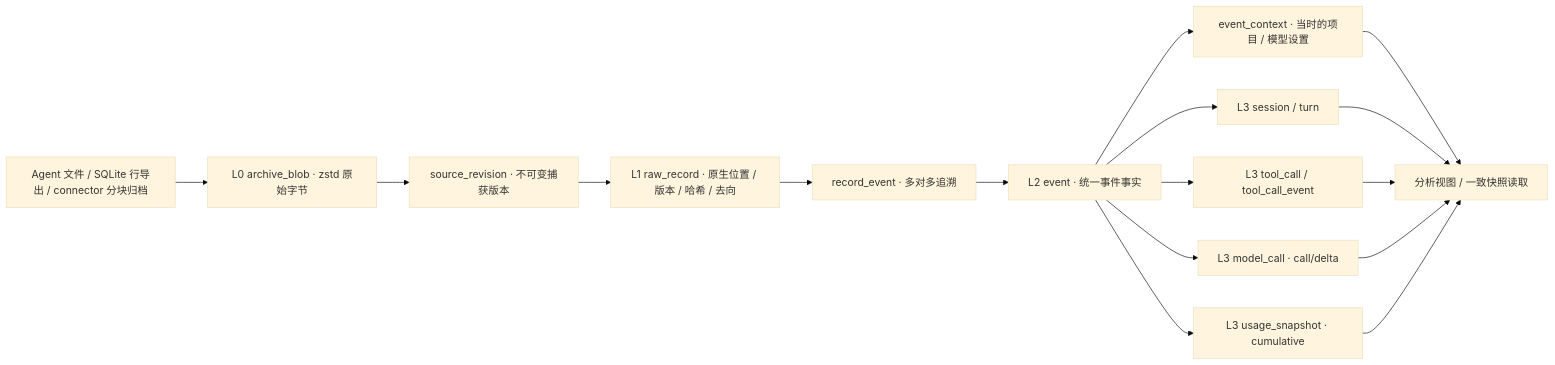
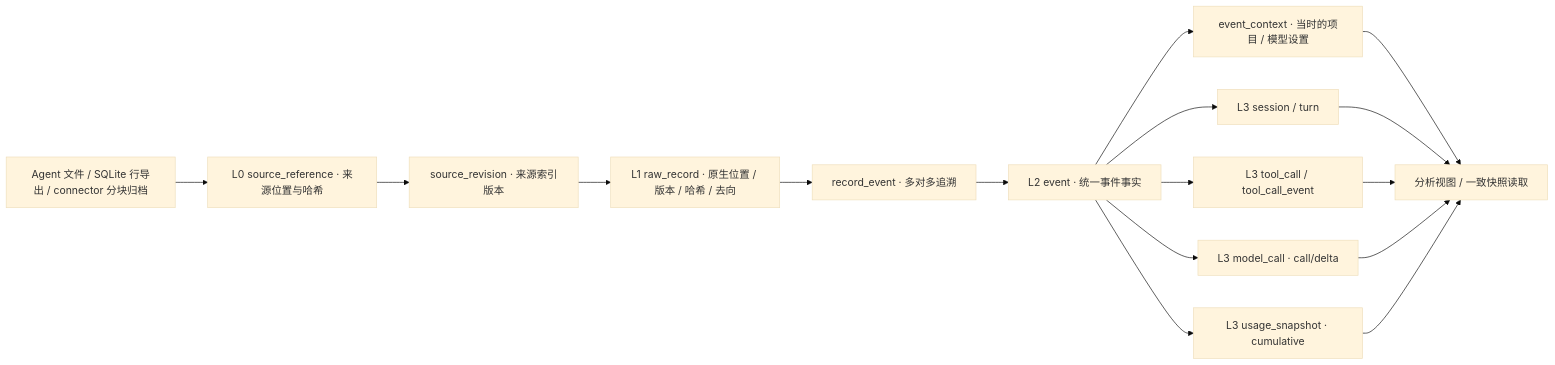
The diagram in docs/contracts/data.md (Orbit-Labs-AI/Orbit-Zhiyin), drawn with Mermaid (base theme) before and after one commit. The commit also changed other lines of this file and 5 other files, not shown here.

````diff
--- a/docs/contracts/data.md
+++ b/docs/contracts/data.md
@@ -15,18 +15,18 @@
 ```mermaid
 flowchart LR
-  INPUT["Agent 文件 / SQLite 行导出 / connector 分块归档"] --> BLOB["L0 archive_blob · zstd 原始字节"]
-  BLOB --> REV["source_revision · 不可变捕获版本"]
+  INPUT["Agent 文件 / SQLite 行导出 / connector 分块归档"] --> BLOB["L0 source_reference · 来源位置与哈希"]
+  BLOB --> REV["source_revision · 来源索引版本"]
   REV --> RAW["L1 raw_record · 原生位置 / 版本 / 哈希 / 去向"]
   RAW --> RE["record_event · 多对多追溯"]
   RE --> EVENT["L2 event · 统一事件事实"]
   EVENT --> CTX["event_context · 当时的项目 / 模型设置"]
   EVENT --> SESSION["L3 session / turn"]
   EVENT --> TOOL["L3 tool_call / tool_call_event"]
   EVENT --> MODEL["L3 model_call · call/delta"]
   EVENT --> SNAP["L3 usage_snapshot · cumulative"]
   CTX --> VIEWS["分析视图 / 一致快照读取"]
   SESSION --> VIEWS
   TOOL --> VIEWS
   MODEL --> VIEWS
   SNAP --> VIEWS
 ```
````
